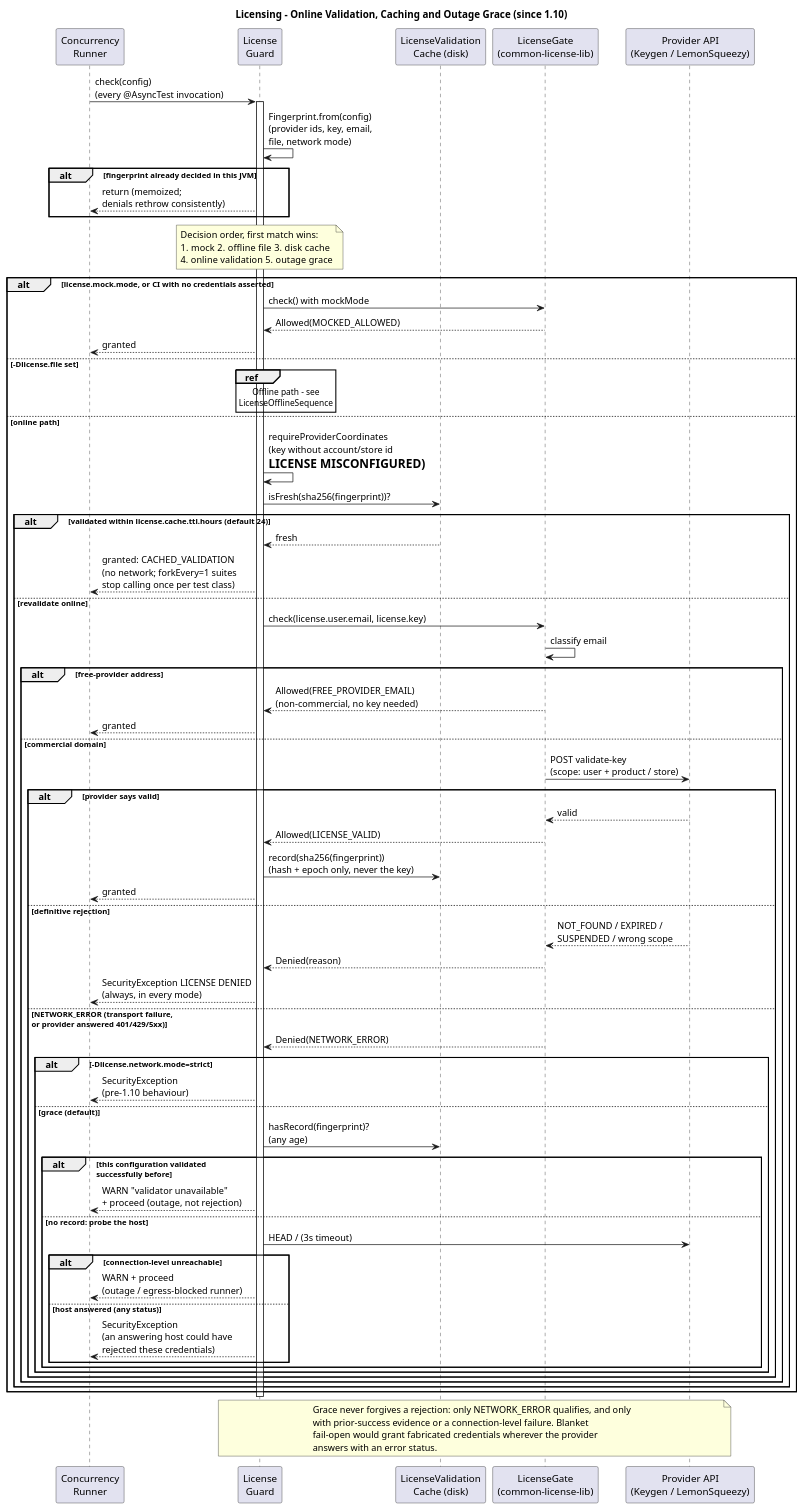
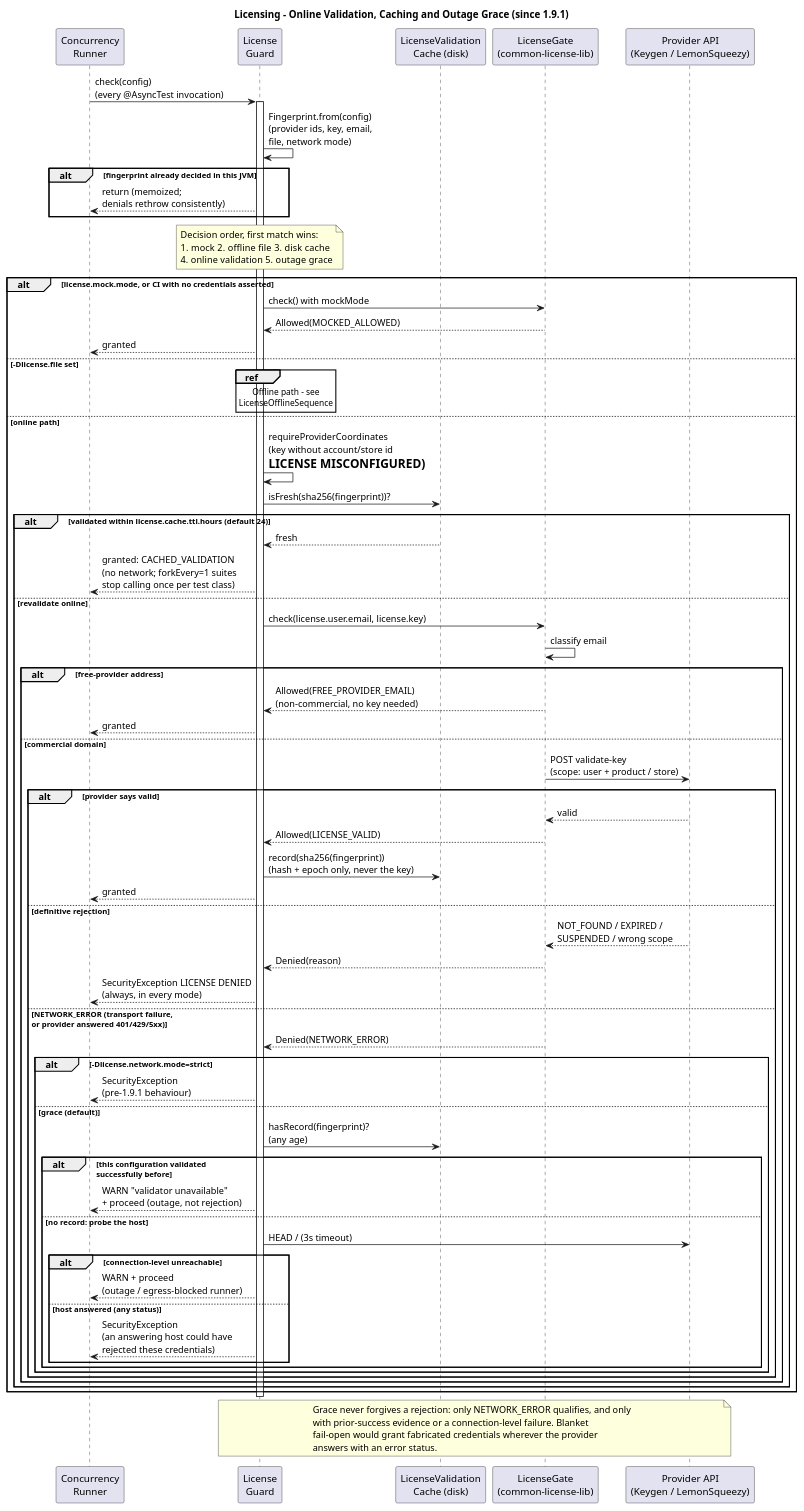
One commit to PIsberg/async-test-lib changed the diagram in docs/diagrams/license-online-sequence.puml. Above: the diagram before and after it, drawn with PlantUML. The commit also changed 295 other files, not shown here.

```diff
--- a/docs/diagrams/license-online-sequence.puml
+++ b/docs/diagrams/license-online-sequence.puml
@@ -1,83 +1,83 @@
 @startuml LicenseOnlineSequence
-title Licensing - Online Validation, Caching and Outage Grace (since 1.10)
+title Licensing - Online Validation, Caching and Outage Grace (since 1.9.1)
 
 participant "Concurrency\nRunner" as Runner
 participant "License\nGuard" as Guard
 participant "LicenseValidation\nCache (disk)" as Cache
 participant "LicenseGate\n(common-license-lib)" as Gate
 participant "Provider API\n(Keygen / LemonSqueezy)" as Provider
 
 Runner -> Guard : check(config)\n(every @AsyncTest invocation)
 activate Guard
 Guard -> Guard : Fingerprint.from(config)\n(provider ids, key, email,\nfile, network mode)
 
 alt fingerprint already decided in this JVM
   Guard --> Runner : return (memoized;\ndenials rethrow consistently)
 end
 
 note over Guard
   Decision order, first match wins:
   1. mock  2. offline file  3. disk cache
   4. online validation  5. outage grace
 end note
 
 alt license.mock.mode, or CI with no credentials asserted
   Guard -> Gate : check() with mockMode
   Gate --> Guard : Allowed(MOCKED_ALLOWED)
   Guard --> Runner : granted
 else -Dlicense.file set
   ref over Guard : Offline path - see\nLicenseOfflineSequence
 else online path
   Guard -> Guard : requireProviderCoordinates\n(key without account/store id\n= LICENSE MISCONFIGURED)
 
   Guard -> Cache : isFresh(sha256(fingerprint))?
   alt validated within license.cache.ttl.hours (default 24)
     Cache --> Guard : fresh
     Guard --> Runner : granted: CACHED_VALIDATION\n(no network; forkEvery=1 suites\nstop calling once per test class)
   else revalidate online
     Guard -> Gate : check(license.user.email, license.key)
     Gate -> Gate : classify email
     alt free-provider address
       Gate --> Guard : Allowed(FREE_PROVIDER_EMAIL)\n(non-commercial, no key needed)
       Guard --> Runner : granted
     else commercial domain
       Gate -> Provider : POST validate-key\n(scope: user + product / store)
       alt provider says valid
         Provider --> Gate : valid
         Gate --> Guard : Allowed(LICENSE_VALID)
         Guard -> Cache : record(sha256(fingerprint))\n(hash + epoch only, never the key)
         Guard --> Runner : granted
       else definitive rejection
         Provider --> Gate : NOT_FOUND / EXPIRED /\nSUSPENDED / wrong scope
         Gate --> Guard : Denied(reason)
         Guard --> Runner : SecurityException LICENSE DENIED\n(always, in every mode)
       else NETWORK_ERROR (transport failure,\nor provider answered 401/429/5xx)
         Gate --> Guard : Denied(NETWORK_ERROR)
         alt -Dlicense.network.mode=strict
-          Guard --> Runner : SecurityException\n(pre-1.10 behaviour)
+          Guard --> Runner : SecurityException\n(pre-1.9.1 behaviour)
         else grace (default)
           Guard -> Cache : hasRecord(fingerprint)?\n(any age)
           alt this configuration validated\nsuccessfully before
             Guard --> Runner : WARN "validator unavailable"\n+ proceed (outage, not rejection)
           else no record: probe the host
             Guard -> Provider : HEAD / (3s timeout)
             alt connection-level unreachable
               Guard --> Runner : WARN + proceed\n(outage / egress-blocked runner)
             else host answered (any status)
               Guard --> Runner : SecurityException\n(an answering host could have\nrejected these credentials)
             end
           end
         end
       end
     end
   end
 end
 deactivate Guard
 
 note over Guard, Provider
   Grace never forgives a rejection: only NETWORK_ERROR qualifies, and only
   with prior-success evidence or a connection-level failure. Blanket
   fail-open would grant fabricated credentials wherever the provider
   answers with an error status.
 end note
 @enduml
```
